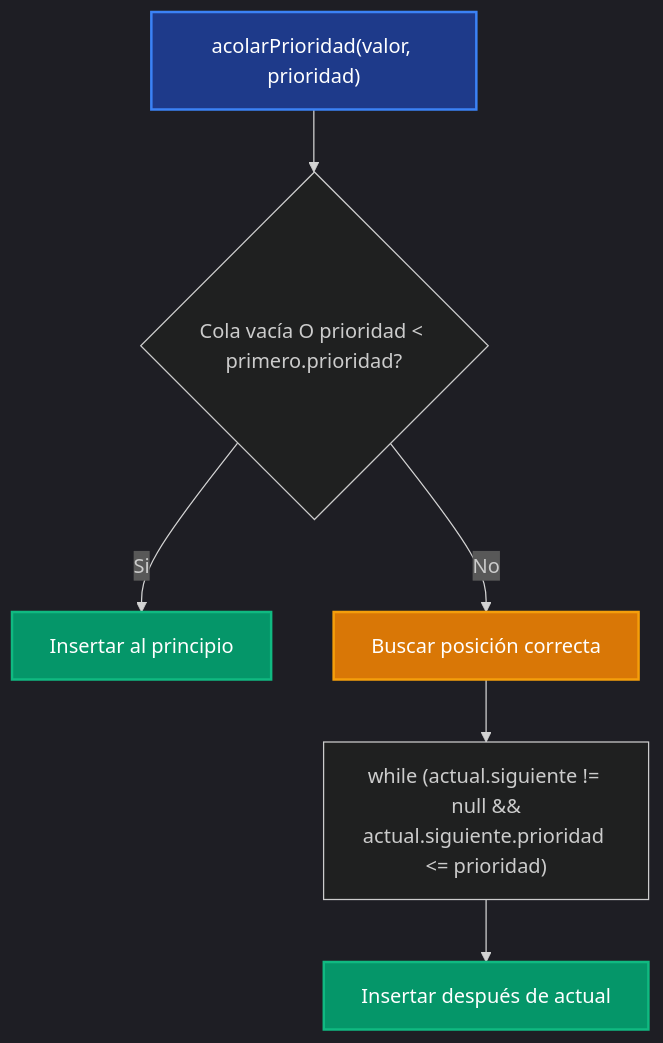
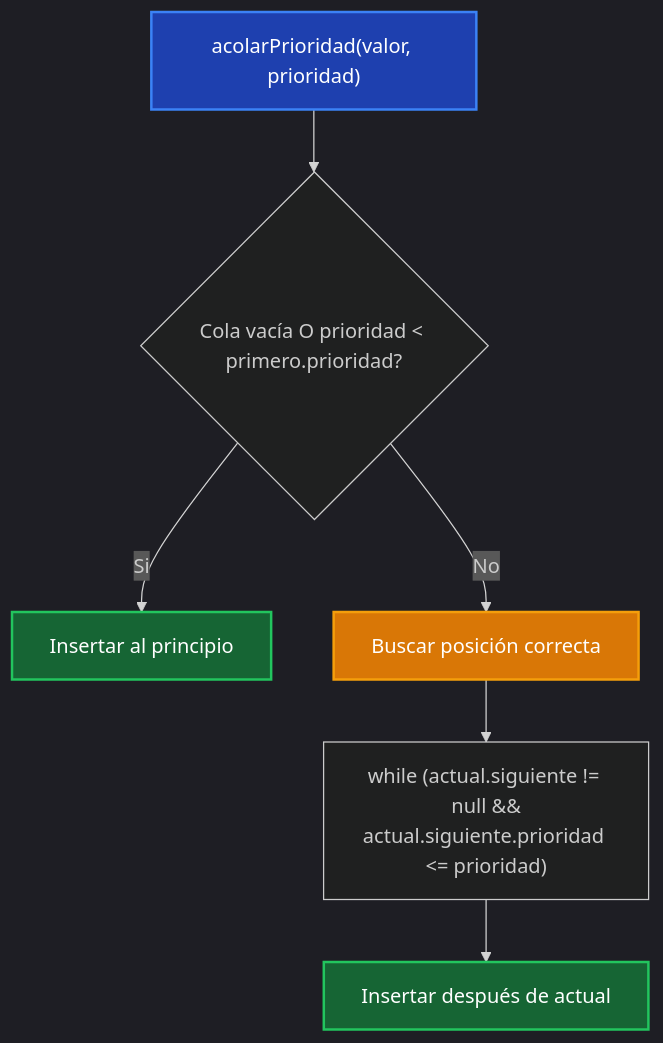
The ninth of 16 diagrams in tp-final/README_IMPLEMENTACIONES.md (pybalt/algo2), drawn with Mermaid before and after one commit. The commit also changed other lines of this file and 1 other file, not shown here.

````diff
--- a/tp-final/README_IMPLEMENTACIONES.md
+++ b/tp-final/README_IMPLEMENTACIONES.md
@@ -259,15 +345,15 @@
 ```mermaid
 %%{init: {'theme':'dark'}}%%
 flowchart TD
     A["acolarPrioridad(valor, prioridad)"] --> B{"Cola vacía O prioridad < primero.prioridad?"}
     B -->|Si| C["Insertar al principio"]
     B -->|No| D["Buscar posición correcta"]
     
     D --> E["while (actual.siguiente != null &&<br/>actual.siguiente.prioridad <= prioridad)"]
     E --> F["Insertar después de actual"]
     
-    style A fill:#1e3a8a,stroke:#3b82f6,stroke-width:2px,color:#fff
-    style C fill:#059669,stroke:#10b981,stroke-width:2px,color:#fff
-    style D fill:#d97706,stroke:#f59e0b,stroke-width:2px,color:#fff
-    style F fill:#059669,stroke:#10b981,stroke-width:2px,color:#fff
+    style A fill:#1e40af,stroke:#3b82f6,stroke-width:2px,color:#ffffff
+    style C fill:#166534,stroke:#22c55e,stroke-width:2px,color:#ffffff
+    style D fill:#d97706,stroke:#f59e0b,stroke-width:2px,color:#ffffff
+    style F fill:#166534,stroke:#22c55e,stroke-width:2px,color:#ffffff
 ```
````
